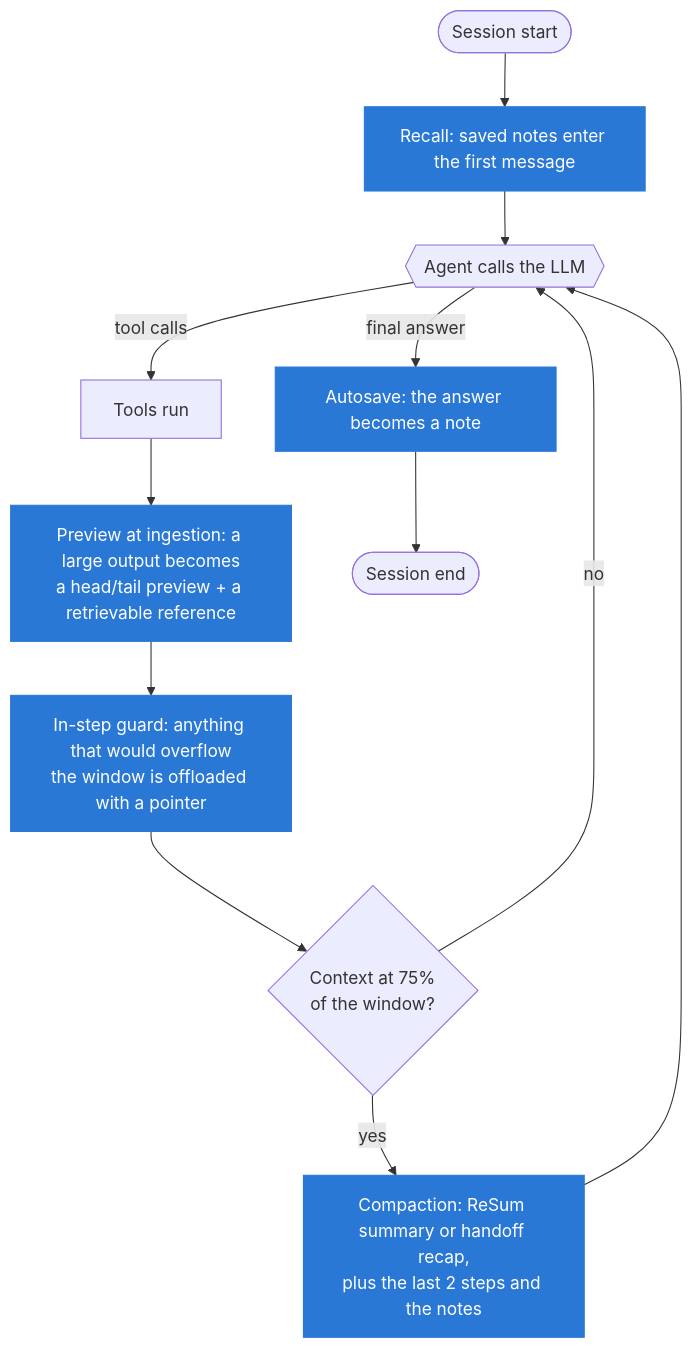
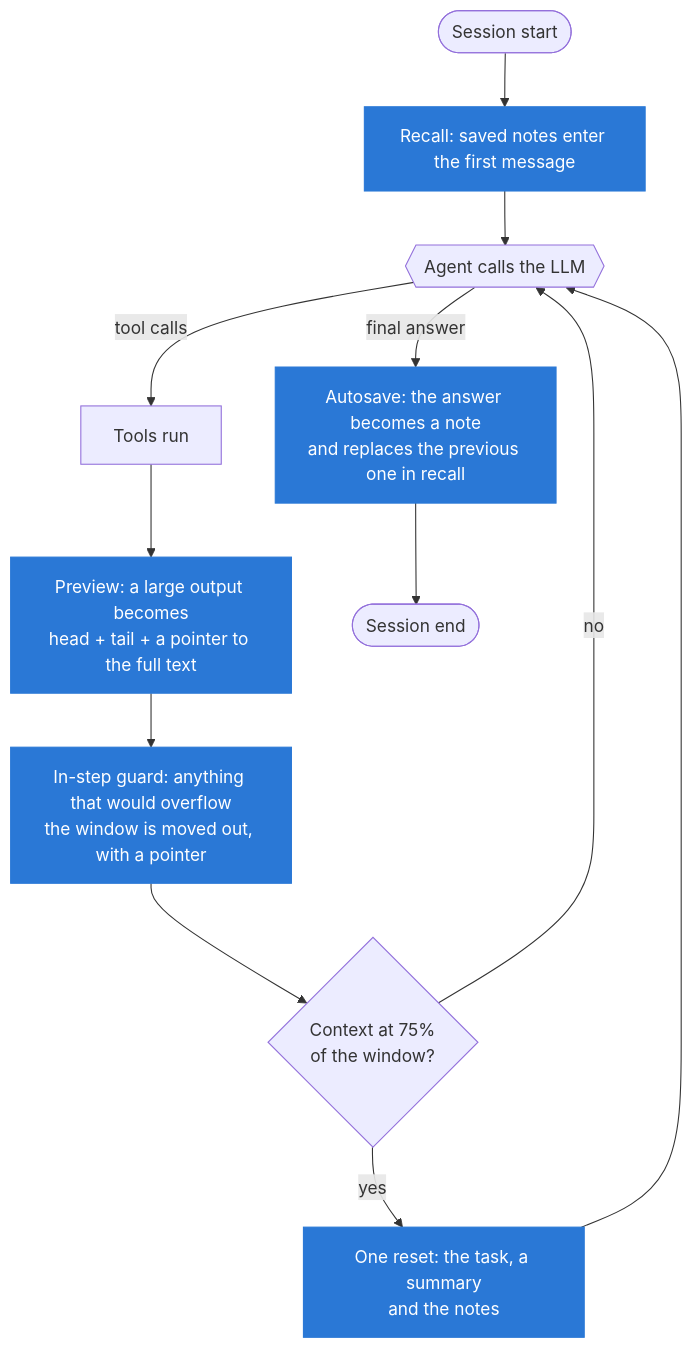
The first of 3 diagrams in README.md (GaryTang32/Efficient-Agent-Memory), drawn with Mermaid before and after one commit. The commit also changed other lines of this file and 5 other files, not shown here.

````diff
--- a/README.md
+++ b/README.md
@@ -56,17 +158,17 @@
 ```mermaid
 flowchart TD
     S([Session start]) --> R[Recall: saved notes enter the first message]
     R --> C{{Agent calls the LLM}}
     C -- tool calls --> T[Tools run]
-    T --> P[Preview at ingestion: a large output becomes<br/>a head/tail preview + a retrievable reference]
-    P --> G[In-step guard: anything that would overflow<br/>the window is offloaded with a pointer]
+    T --> P[Preview: a large output becomes<br/>head + tail + a pointer to the full text]
+    P --> G[In-step guard: anything that would overflow<br/>the window is moved out, with a pointer]
     G --> K{Context at 75%<br/>of the window?}
     K -- no --> C
-    K -- yes --> X[Compaction: ReSum summary or handoff recap,<br/>plus the last 2 steps and the notes]
+    K -- yes --> X[One reset: the task, a summary<br/>and the notes]
     X --> C
-    C -- final answer --> A[Autosave: the answer becomes a note]
+    C -- final answer --> A[Autosave: the answer becomes a note<br/>and replaces the previous one in recall]
     A --> E([Session end])
 
     classDef auto fill:#2a78d6,stroke:#2a78d6,color:#ffffff
     class R,P,G,X,A auto
 ```
````
